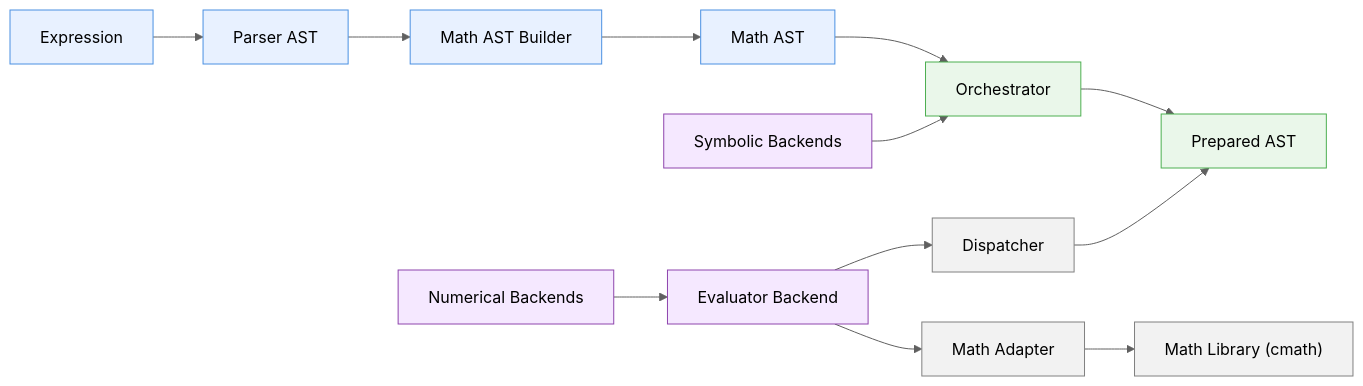
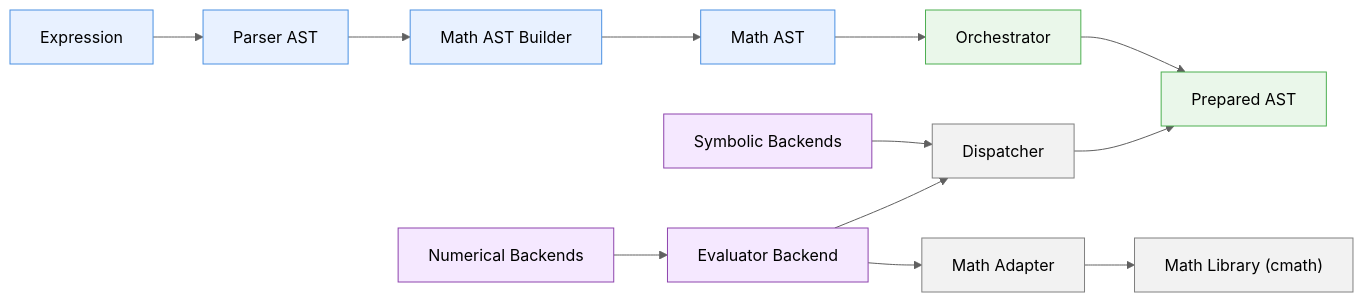
Before and after one commit to acarlos01sc/numathap: the diagram in docs/Architecture.md, drawn with Mermaid.

Commit message:
Documentation

````diff
--- a/docs/Architecture.md
+++ b/docs/Architecture.md
@@ -47,61 +47,61 @@
 ```mermaid
 %%{init:{
     "theme":"base",
     "themeVariables":{
         "primaryTextColor":"#000000",
         "primaryColor":"#E8F1FF",
         "primaryBorderColor":"#4A90E2",
         "secondaryColor":"#EAF7EA",
         "secondaryBorderColor":"#4CAF50",
         "tertiaryColor":"#FFF4E5",
         "tertiaryBorderColor":"#F39C12",
         "lineColor":"#606060",
         "fontFamily":"Arial"
     }
 }}%%
 
 flowchart LR
 
     EX["Expression"]
     PA["Parser AST"]
     MB["Math AST Builder"]
     MA["Math AST"]
     OR["Orchestrator"]
     PR["Prepared AST"]
 
     EX --> PA
     PA --> MB
     MB --> MA
     MA --> OR
     OR --> PR
 
     SB["Symbolic Backends"]
 
     NB["Numerical Backends"]
     EV["Evaluator Backend"]
 
     DI["Dispatcher"]
 
     AD["Math Adapter"]
     ML["Math Library (cmath)"]
 
-    SB --> OR
+    SB --> DI
 
     NB --> EV
     EV --> DI
     DI --> PR
 
     EV --> AD
     AD --> ML
 
     classDef frontend fill:#E8F1FF,stroke:#4A90E2,color:#000000;
     classDef preparation fill:#EAF7EA,stroke:#4CAF50,color:#000000;
     classDef backend fill:#F5E8FF,stroke:#8E44AD,color:#000000;
     classDef support fill:#F2F2F2,stroke:#808080,color:#000000;
 
     class EX,PA,MB,MA frontend;
     class OR,PR preparation;
     class SB,NB,EV backend;
     class DI support;
     class AD,ML support;
 ```
````
